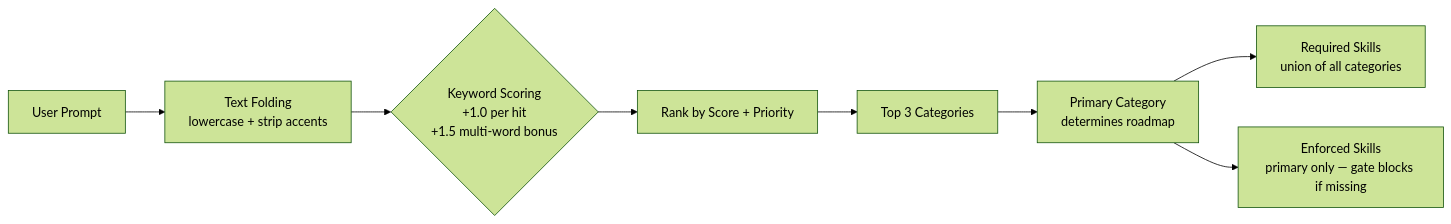
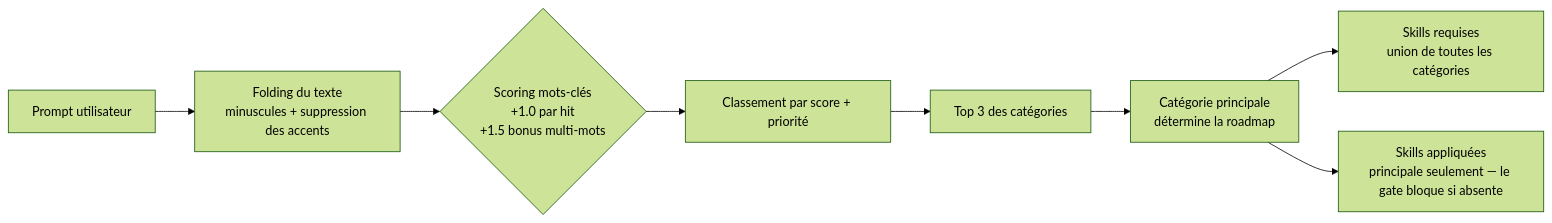
Before and after one commit to novahiz/novahiz: the first of 4 diagrams in README.md, drawn with Mermaid (forest theme). The commit also changed other lines of this file and 1 other file, not shown here.

````diff
--- a/README.md
+++ b/README.md
@@ -76,10 +76,10 @@
 ```mermaid
 flowchart LR
-    A[User Prompt] --> B[Text Folding<br/>lowercase + strip accents]
-    B --> C{Keyword Scoring<br/>+1.0 per hit<br/>+1.5 multi-word bonus}
-    C --> D[Rank by Score + Priority]
-    D --> E[Top 3 Categories]
-    E --> F[Primary Category<br/>determines roadmap]
-    F --> G[Required Skills<br/>union of all categories]
-    F --> H[Enforced Skills<br/>primary only — gate blocks if missing]
+    A[Prompt utilisateur] --> B[Folding du texte<br/>minuscules + suppression des accents]
+    B --> C{Scoring mots-clés<br/>+1.0 par hit<br/>+1.5 bonus multi-mots}
+    C --> D[Classement par score + priorité]
+    D --> E[Top 3 des catégories]
+    E --> F[Catégorie principale<br/>détermine la roadmap]
+    F --> G[Skills requises<br/>union de toutes les catégories]
+    F --> H[Skills appliquées<br/>principale seulement — le gate bloque si absente]
 ```
````
